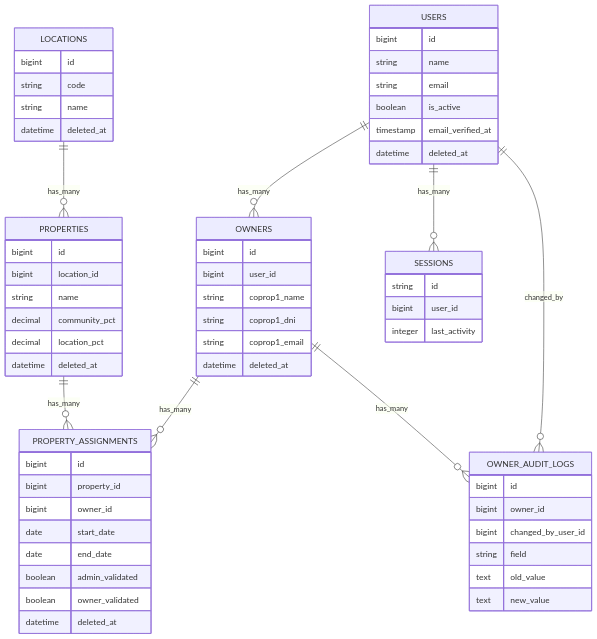
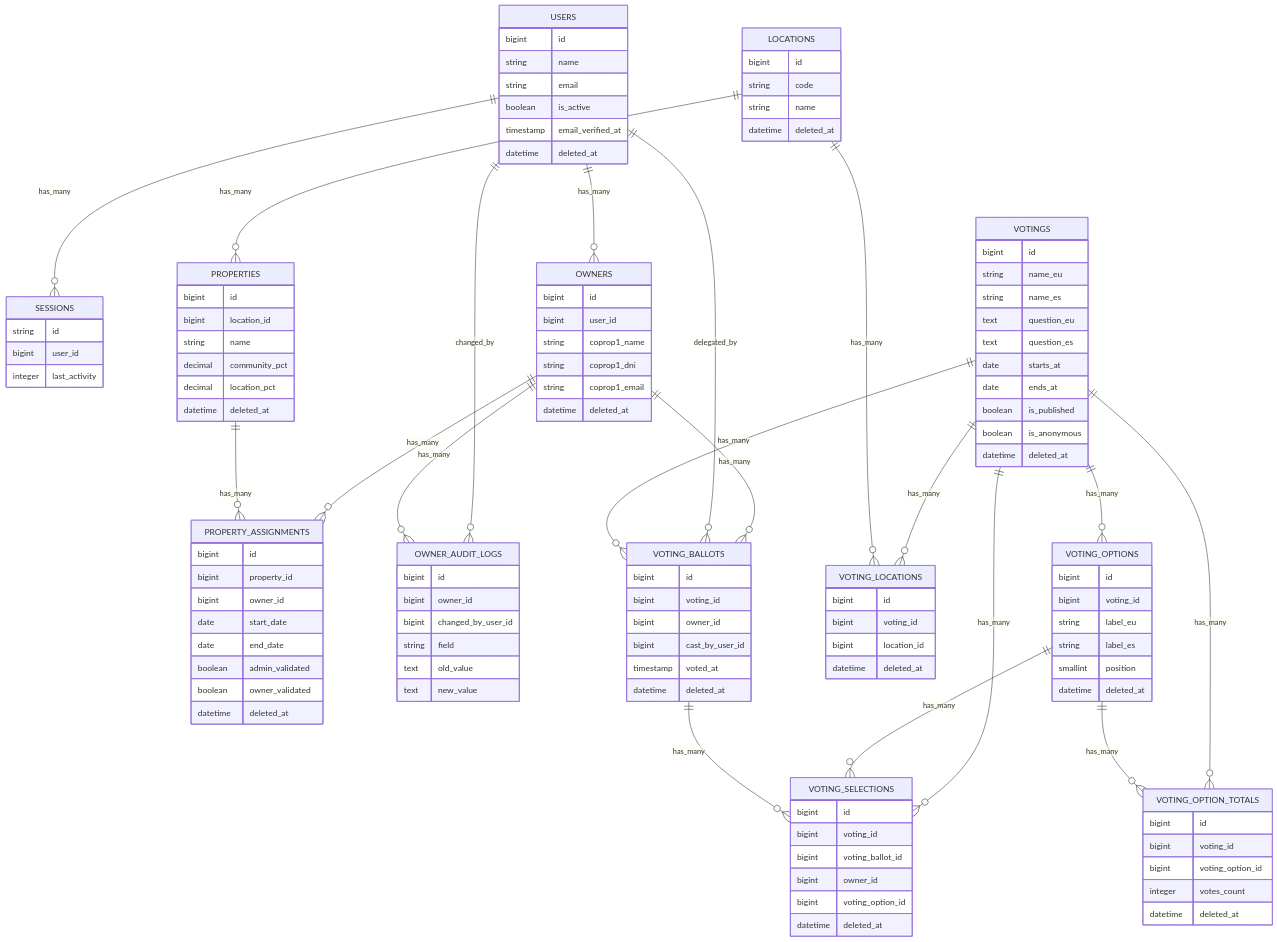
Before and after one commit to amaiagalvez/madaia33: the second of 4 diagrams in .github/skills/database-schema-mermaid/SKILL.md, drawn with Mermaid. The commit also changed other lines of this file and 43 other files, not shown here.

````diff
--- a/.github/skills/database-schema-mermaid/SKILL.md
+++ b/.github/skills/database-schema-mermaid/SKILL.md
@@ -108,11 +118,77 @@
         text new_value
     }
 
+    VOTINGS {
+        bigint id
+        string name_eu
+        string name_es
+        text question_eu
+        text question_es
+        date starts_at
+        date ends_at
+        boolean is_published
+        boolean is_anonymous
+        datetime deleted_at
+    }
+
+    VOTING_OPTIONS {
+        bigint id
+        bigint voting_id
+        string label_eu
+        string label_es
+        smallint position
+        datetime deleted_at
+    }
+
+    VOTING_LOCATIONS {
+        bigint id
+        bigint voting_id
+        bigint location_id
+        datetime deleted_at
+    }
+
+    VOTING_BALLOTS {
+        bigint id
+        bigint voting_id
+        bigint owner_id
+        bigint cast_by_user_id
+        timestamp voted_at
+        datetime deleted_at
+    }
+
+    VOTING_SELECTIONS {
+        bigint id
+        bigint voting_id
+        bigint voting_ballot_id
+        bigint owner_id
+        bigint voting_option_id
+        datetime deleted_at
+    }
+
+    VOTING_OPTION_TOTALS {
+        bigint id
+        bigint voting_id
+        bigint voting_option_id
+        integer votes_count
+        datetime deleted_at
+    }
+
     USERS ||--o{ OWNERS : has_many
     USERS ||--o{ SESSIONS : has_many
     USERS ||--o{ OWNER_AUDIT_LOGS : changed_by
     OWNERS ||--o{ PROPERTY_ASSIGNMENTS : has_many
     OWNERS ||--o{ OWNER_AUDIT_LOGS : has_many
+    OWNERS ||--o{ VOTING_BALLOTS : has_many
     LOCATIONS ||--o{ PROPERTIES : has_many
     PROPERTIES ||--o{ PROPERTY_ASSIGNMENTS : has_many
+    USERS ||--o{ VOTING_BALLOTS : delegated_by
+    VOTINGS ||--o{ VOTING_OPTIONS : has_many
+    VOTINGS ||--o{ VOTING_LOCATIONS : has_many
+    VOTINGS ||--o{ VOTING_BALLOTS : has_many
+    VOTINGS ||--o{ VOTING_SELECTIONS : has_many
+    VOTINGS ||--o{ VOTING_OPTION_TOTALS : has_many
+    LOCATIONS ||--o{ VOTING_LOCATIONS : has_many
+    VOTING_OPTIONS ||--o{ VOTING_SELECTIONS : has_many
+    VOTING_OPTIONS ||--o{ VOTING_OPTION_TOTALS : has_many
+    VOTING_BALLOTS ||--o{ VOTING_SELECTIONS : has_many
 ```
````
